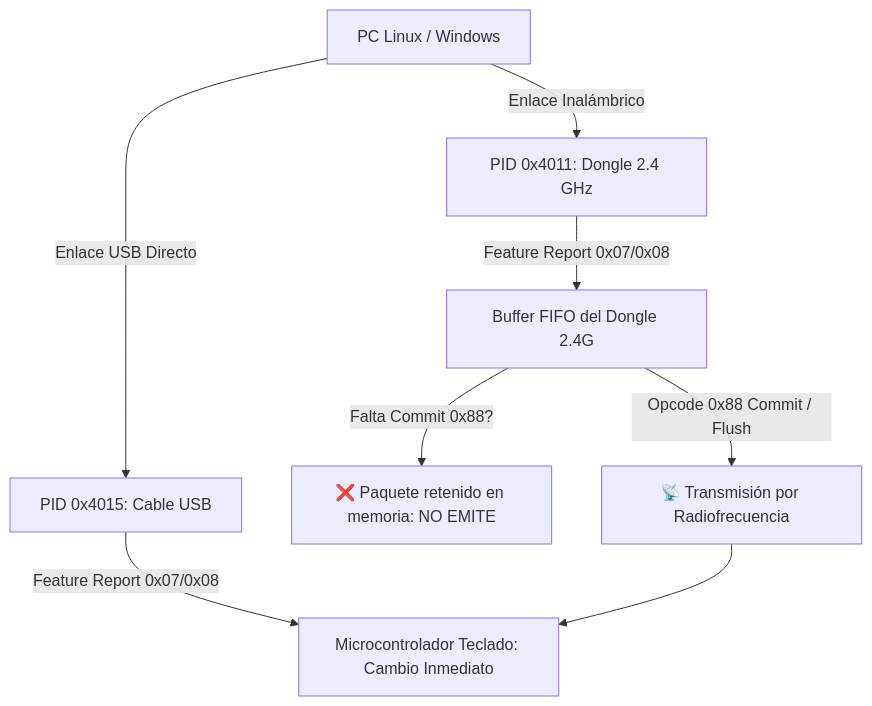
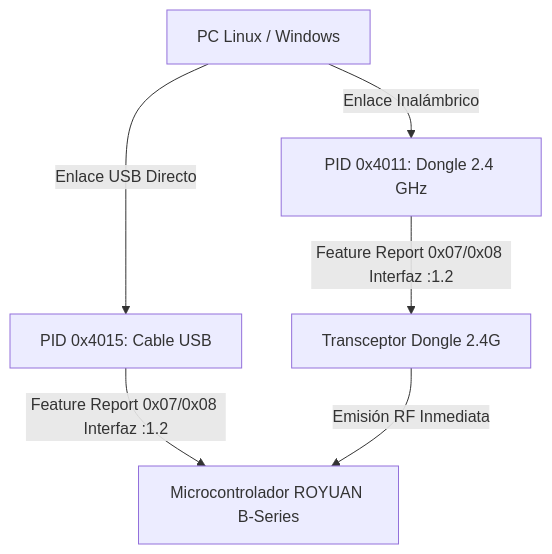
Before and after one commit to Alberviz/LinuxRicing: the diagram in vault/Rice LinuxRicing/01 - Linux/RGB/Protocolo USB HID Akko 5075B Plus.md, drawn with Mermaid. The commit also changed other lines of this file and 7 other files, not shown here.

````diff
--- a/vault/Rice LinuxRicing/01 - Linux/RGB/Protocolo USB HID Akko 5075B Plus.md
+++ b/vault/Rice LinuxRicing/01 - Linux/RGB/Protocolo USB HID Akko 5075B Plus.md
@@ -10,12 +13,9 @@
 ```mermaid
 graph TD
     Host[PC Linux / Windows] -->|Enlace USB Directo| CableMode[PID 0x4015: Cable USB]
     Host -->|Enlace Inalámbrico| DongleMode[PID 0x4011: Dongle 2.4 GHz]
     
-    CableMode -->|Feature Report 0x07/0x08| MCU_Direct[Microcontrolador Teclado: Cambio Inmediato]
-    
-    DongleMode -->|Feature Report 0x07/0x08| DongleFIFO[Buffer FIFO del Dongle 2.4G]
-    DongleFIFO -->|Falta Commit 0x88?| Stalled[❌ Paquete retenido en memoria: NO EMITE]
-    DongleFIFO -->|Opcode 0x88 Commit / Flush| RF_Air[📡 Transmisión por Radiofrecuencia]
-    RF_Air --> MCU_Direct
+    CableMode -->|Feature Report 0x07/0x08 Interfaz :1.2| MCU[Microcontrolador ROYUAN B-Series]
+    DongleMode -->|Feature Report 0x07/0x08 Interfaz :1.2| RF_Transceiver[Transceptor Dongle 2.4G]
+    RF_Transceiver -->|Emisión RF Inmediata| MCU
 ```
````
